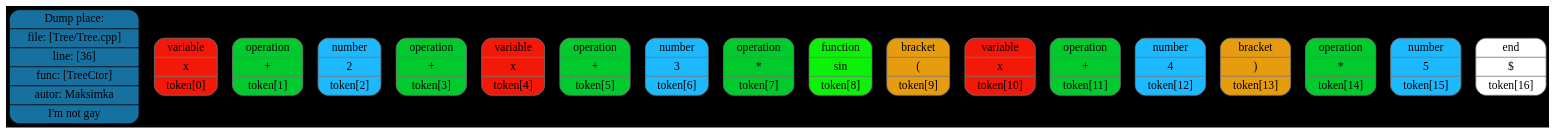
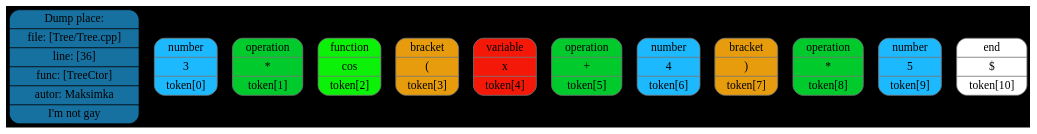
One commit to Maksim-Sebelev/Differentiator changed the diagram in token.dot. Above: the diagram before and after it, drawn with Graphviz. The commit also changed 20 other files, not shown here.

```diff
--- a/token.dot
+++ b/token.dot
@@ -1,22 +1,16 @@
 digraph G{
 rankdir=TB
 graph [bgcolor="#000000"];
 place[shape=Mrecord, style=filled, fillcolor="#1771a0", pos="0,1!",label = " { Dump place: | file: [Tree/Tree.cpp] | line: [36] | func: [TreeCtor] | autor: Maksimka | I'm not gay } "color = "#000000"];
-token0[shape=Mrecord, style=filled, fillcolor="#f31807",label = " { variable | x |  token[0] } "color = "#777777"];
-token1[shape=Mrecord, style=filled, fillcolor="#00ca2c",label = " { operation | + |  token[1] } "color = "#777777"];
-token2[shape=Mrecord, style=filled, fillcolor="#1cb9ff",label = " { number | 2 |  token[2] } "color = "#777777"];
-token3[shape=Mrecord, style=filled, fillcolor="#00ca2c",label = " { operation | + |  token[3] } "color = "#777777"];
+token0[shape=Mrecord, style=filled, fillcolor="#1cb9ff",label = " { number | 3 |  token[0] } "color = "#777777"];
+token1[shape=Mrecord, style=filled, fillcolor="#00ca2c",label = " { operation | * |  token[1] } "color = "#777777"];
+token2[shape=Mrecord, style=filled, fillcolor="#0cf108",label = " { function | cos |  token[2] } "color = "#777777"];
+token3[shape=Mrecord, style=filled, fillcolor="#e69c0c",label = " { bracket | ( |  token[3] } "color = "#777777"];
 token4[shape=Mrecord, style=filled, fillcolor="#f31807",label = " { variable | x |  token[4] } "color = "#777777"];
 token5[shape=Mrecord, style=filled, fillcolor="#00ca2c",label = " { operation | + |  token[5] } "color = "#777777"];
-token6[shape=Mrecord, style=filled, fillcolor="#1cb9ff",label = " { number | 3 |  token[6] } "color = "#777777"];
-token7[shape=Mrecord, style=filled, fillcolor="#00ca2c",label = " { operation | * |  token[7] } "color = "#777777"];
-token8[shape=Mrecord, style=filled, fillcolor="#0cf108",label = " { function | sin |  token[8] } "color = "#777777"];
-token9[shape=Mrecord, style=filled, fillcolor="#e69c0c",label = " { bracket | ( |  token[9] } "color = "#777777"];
-token10[shape=Mrecord, style=filled, fillcolor="#f31807",label = " { variable | x |  token[10] } "color = "#777777"];
-token11[shape=Mrecord, style=filled, fillcolor="#00ca2c",label = " { operation | + |  token[11] } "color = "#777777"];
-token12[shape=Mrecord, style=filled, fillcolor="#1cb9ff",label = " { number | 4 |  token[12] } "color = "#777777"];
-token13[shape=Mrecord, style=filled, fillcolor="#e69c0c",label = " { bracket | ) |  token[13] } "color = "#777777"];
-token14[shape=Mrecord, style=filled, fillcolor="#00ca2c",label = " { operation | * |  token[14] } "color = "#777777"];
-token15[shape=Mrecord, style=filled, fillcolor="#1cb9ff",label = " { number | 5 |  token[15] } "color = "#777777"];
-token16[shape=Mrecord, style=filled, fillcolor="#ffffff",label = " { end | $ |  token[16] } "color = "#777777"];
+token6[shape=Mrecord, style=filled, fillcolor="#1cb9ff",label = " { number | 4 |  token[6] } "color = "#777777"];
+token7[shape=Mrecord, style=filled, fillcolor="#e69c0c",label = " { bracket | ) |  token[7] } "color = "#777777"];
+token8[shape=Mrecord, style=filled, fillcolor="#00ca2c",label = " { operation | * |  token[8] } "color = "#777777"];
+token9[shape=Mrecord, style=filled, fillcolor="#1cb9ff",label = " { number | 5 |  token[9] } "color = "#777777"];
+token10[shape=Mrecord, style=filled, fillcolor="#ffffff",label = " { end | $ |  token[10] } "color = "#777777"];
 }
```
